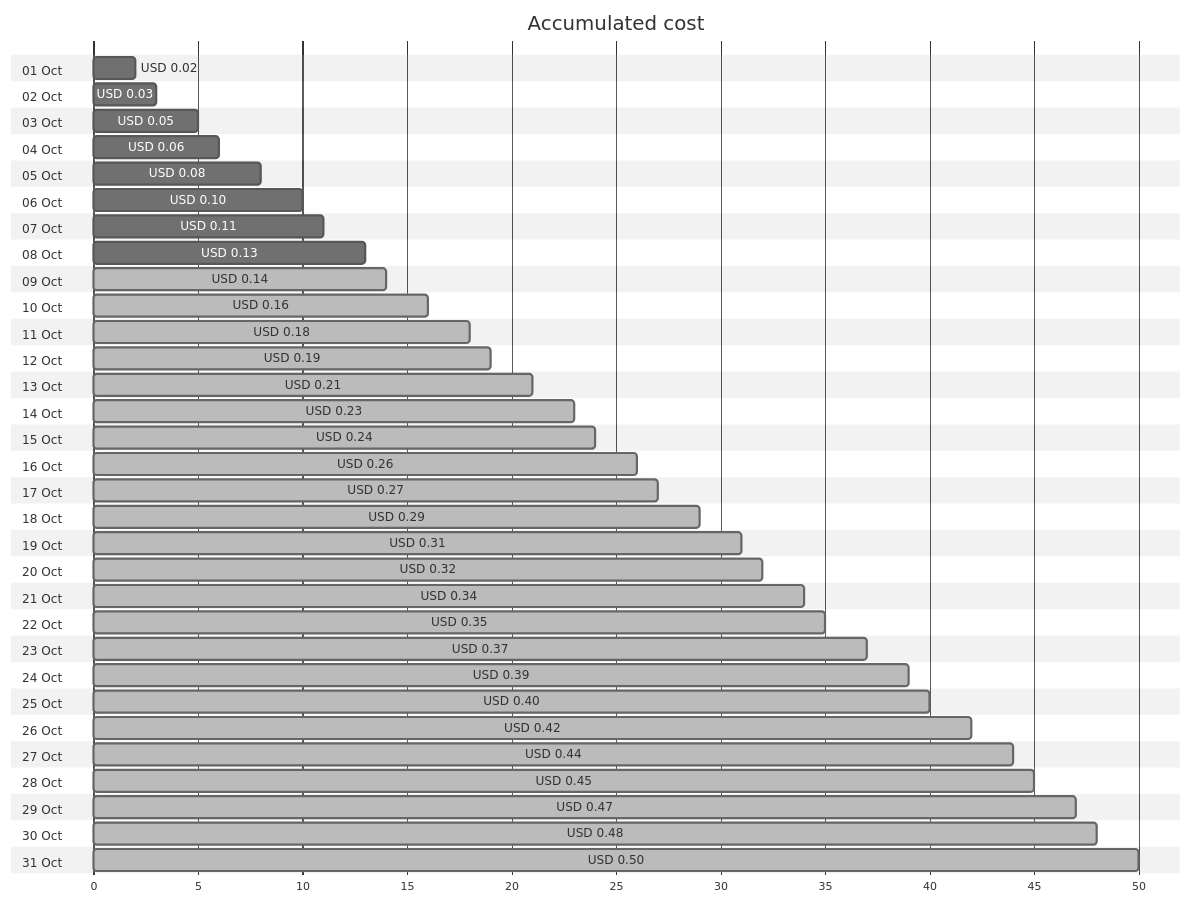
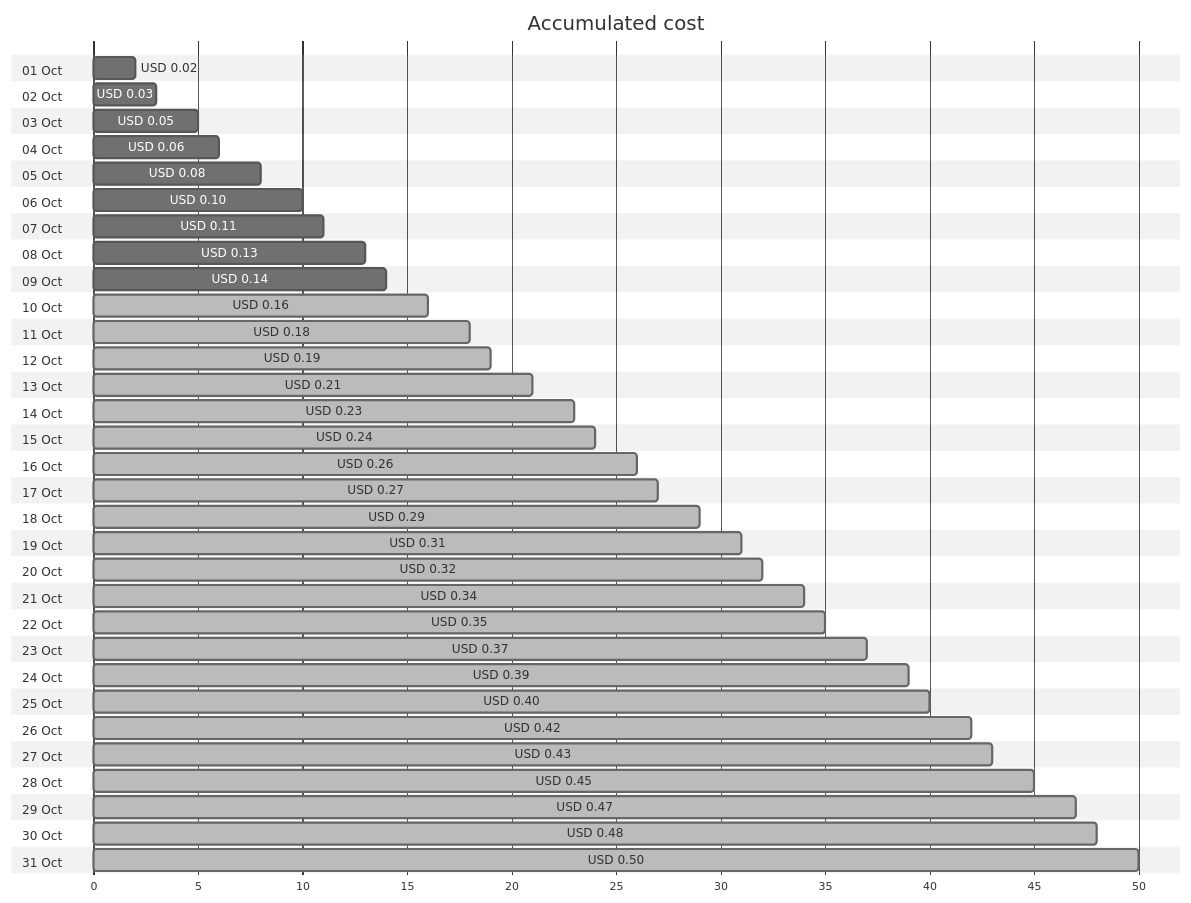
Before and after one commit to jpfulton/azure-personal-reports: the first of 4 diagrams in cost-reports/personal-network/private.jpatrickfulton.com.md, drawn with Mermaid (neutral theme). The commit also changed other lines of this file and 8 other files, not shown here.

````diff
--- a/cost-reports/personal-network/private.jpatrickfulton.com.md
+++ b/cost-reports/personal-network/private.jpatrickfulton.com.md
@@ -20,68 +20,68 @@
 ```mermaid
 gantt
    title Accumulated cost
    dateFormat  X
    axisFormat %s
    section 01 Oct
    USD 0.02 :0, 2
    section 02 Oct
    USD 0.03 :0, 3
    section 03 Oct
    USD 0.05 :0, 5
    section 04 Oct
    USD 0.06 :0, 6
    section 05 Oct
    USD 0.08 :0, 8
    section 06 Oct
    USD 0.10 :0, 10
    section 07 Oct
    USD 0.11 :0, 11
    section 08 Oct
    USD 0.13 :0, 13
    section 09 Oct
-   USD 0.14 : done, 0, 14
+   USD 0.14 :0, 14
    section 10 Oct
    USD 0.16 : done, 0, 16
    section 11 Oct
    USD 0.18 : done, 0, 18
    section 12 Oct
    USD 0.19 : done, 0, 19
    section 13 Oct
    USD 0.21 : done, 0, 21
    section 14 Oct
    USD 0.23 : done, 0, 23
    section 15 Oct
    USD 0.24 : done, 0, 24
    section 16 Oct
    USD 0.26 : done, 0, 26
    section 17 Oct
    USD 0.27 : done, 0, 27
    section 18 Oct
    USD 0.29 : done, 0, 29
    section 19 Oct
    USD 0.31 : done, 0, 31
    section 20 Oct
    USD 0.32 : done, 0, 32
    section 21 Oct
    USD 0.34 : done, 0, 34
    section 22 Oct
    USD 0.35 : done, 0, 35
    section 23 Oct
    USD 0.37 : done, 0, 37
    section 24 Oct
    USD 0.39 : done, 0, 39
    section 25 Oct
    USD 0.40 : done, 0, 40
    section 26 Oct
    USD 0.42 : done, 0, 42
    section 27 Oct
-   USD 0.44 : done, 0, 44
+   USD 0.43 : done, 0, 43
    section 28 Oct
    USD 0.45 : done, 0, 45
    section 29 Oct
    USD 0.47 : done, 0, 47
    section 30 Oct
    USD 0.48 : done, 0, 48
    section 31 Oct
    USD 0.50 : done, 0, 50
 ```
````
